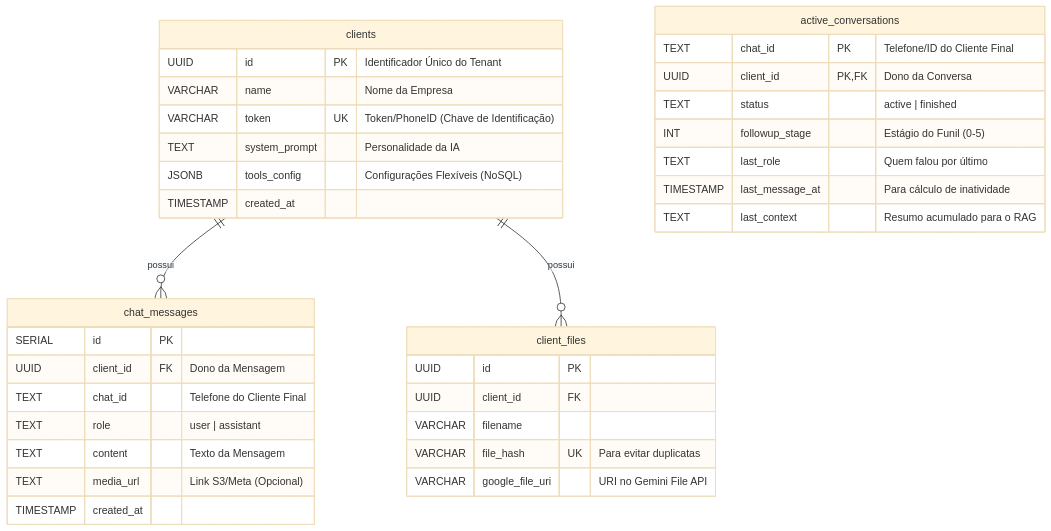
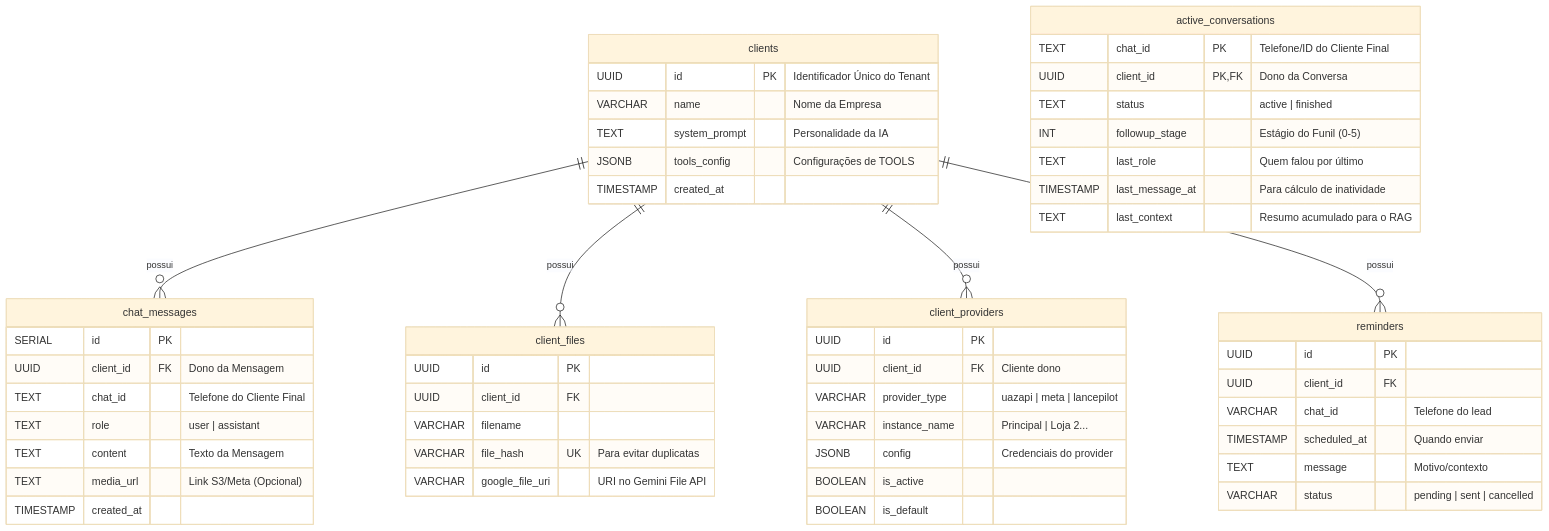
Before and after one commit to MarecoX/aiahub_saas: the diagram in docs/database.md, drawn with Mermaid (base theme). The commit also changed other lines of this file and 12 other files, not shown here.

````diff
--- a/docs/database.md
+++ b/docs/database.md
@@ -7,42 +7,62 @@
 ```mermaid
 erDiagram
     clients ||--o{ chat_messages : "possui"
     clients ||--o{ client_files : "possui"
+    clients ||--o{ client_providers : "possui"
+    clients ||--o{ reminders : "possui"
 
     clients {
         UUID id PK "Identificador Único do Tenant"
         VARCHAR name "Nome da Empresa"
-        VARCHAR token UK "Token/PhoneID (Chave de Identificação)"
         TEXT system_prompt "Personalidade da IA"
-        JSONB tools_config "Configurações Flexíveis (NoSQL)"
+        JSONB tools_config "Configurações de TOOLS"
         TIMESTAMP created_at
+    }
+
+    client_providers {
+        UUID id PK
+        UUID client_id FK "Cliente dono"
+        VARCHAR provider_type "uazapi | meta | lancepilot"
+        VARCHAR instance_name "Principal | Loja 2..."
+        JSONB config "Credenciais do provider"
+        BOOLEAN is_active
+        BOOLEAN is_default
+    }
+
+    reminders {
+        UUID id PK
+        UUID client_id FK
+        VARCHAR chat_id "Telefone do lead"
+        TIMESTAMP scheduled_at "Quando enviar"
+        TEXT message "Motivo/contexto"
+        VARCHAR status "pending | sent | cancelled"
     }
 
     active_conversations {
         TEXT chat_id PK "Telefone/ID do Cliente Final"
         UUID client_id PK,FK "Dono da Conversa"
         TEXT status "active | finished"
         INT followup_stage "Estágio do Funil (0-5)"
         TEXT last_role "Quem falou por último"
         TIMESTAMP last_message_at "Para cálculo de inatividade"
         TEXT last_context "Resumo acumulado para o RAG"
     }
 
     chat_messages {
         SERIAL id PK
         UUID client_id FK "Dono da Mensagem"
         TEXT chat_id "Telefone do Cliente Final"
         TEXT role "user | assistant"
         TEXT content "Texto da Mensagem"
         TEXT media_url "Link S3/Meta (Opcional)"
         TIMESTAMP created_at
     }
 
     client_files {
         UUID id PK
         UUID client_id FK
         VARCHAR filename
         VARCHAR file_hash UK "Para evitar duplicatas"
         VARCHAR google_file_uri "URI no Gemini File API"
     }
 ```
````
